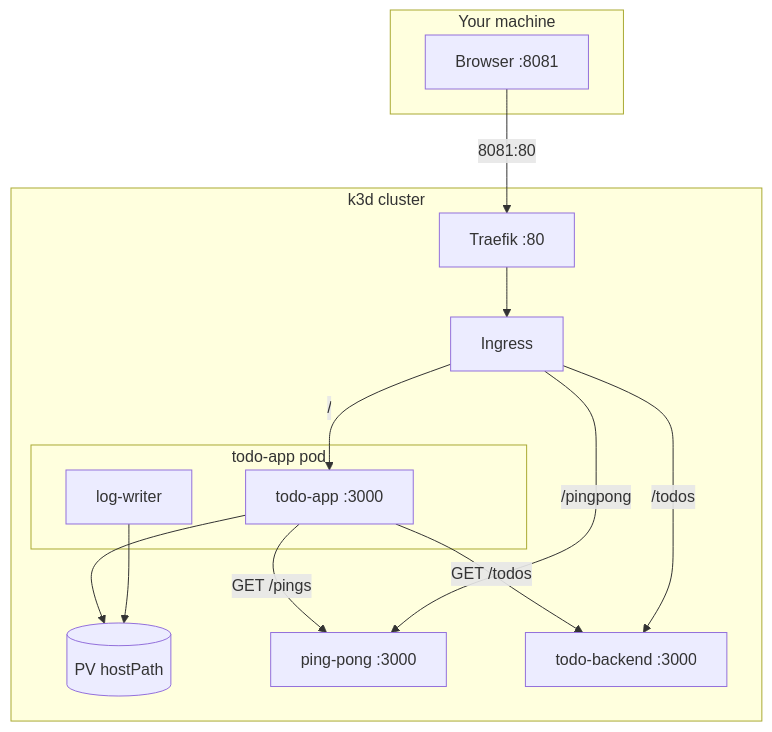
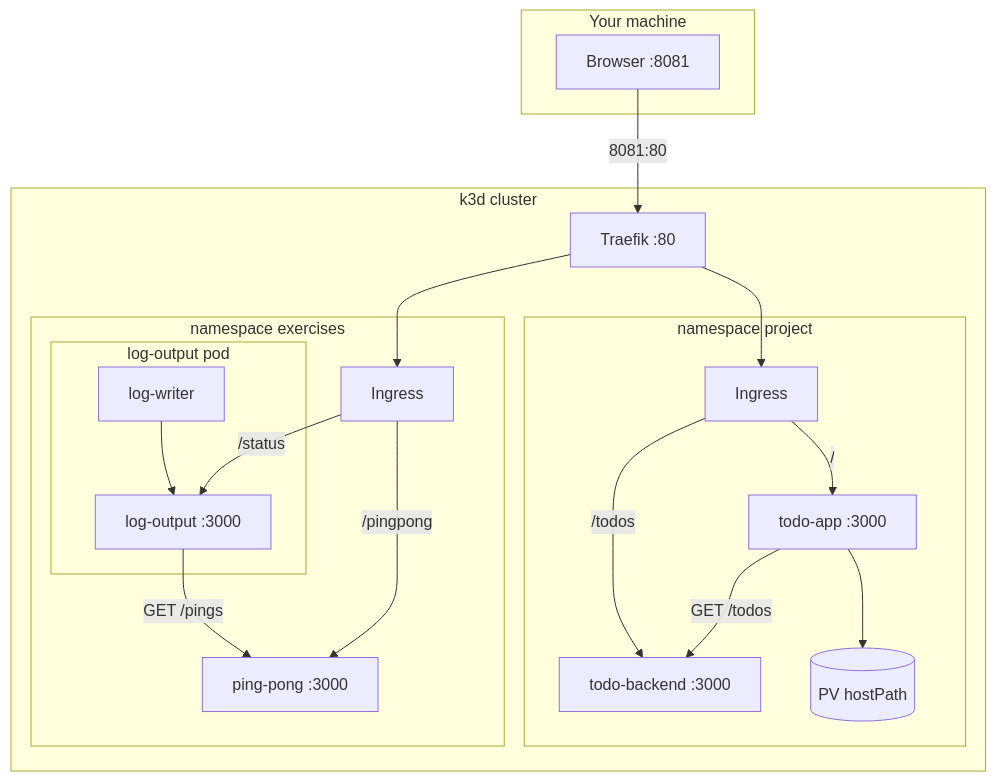
The diagram in README.md (wmahad/k8s-hands-on), drawn with Mermaid before and after one commit. The commit also changed other lines of this file and 24 other files, not shown here.

Commit message:
feat: split apps into exercises and project namespaces

````diff
--- a/README.md
+++ b/README.md
@@ -13,27 +39,36 @@
 ```mermaid
 flowchart TB
   subgraph host [Your machine]
     B[Browser :8081]
   end
 
   subgraph k3d [k3d cluster]
     T[Traefik :80]
-    IG[Ingress]
-    PV[(PV hostPath)]
-    subgraph tapod [todo-app pod]
-      W[log-writer]
+    subgraph exercisesNs [namespace exercises]
+      EIG[Ingress]
+      subgraph lopod [log-output pod]
+        W[log-writer]
+        LO[log-output :3000]
+      end
+      PP[ping-pong :3000]
+    end
+    subgraph projectNs [namespace project]
+      PIG[Ingress]
+      PV[(PV hostPath)]
       TA[todo-app :3000]
+      TB[todo-backend :3000]
     end
-    PP[ping-pong :3000]
-    TB[todo-backend :3000]
   end
 
-  B -->|8081:80| T --> IG
-  IG -->|"/pingpong"| PP
-  IG -->|"/todos"| TB
-  IG -->|"/"| TA
+  B -->|8081:80| T
+  T --> EIG
+  T --> PIG
+  EIG -->|"/pingpong"| PP
+  EIG -->|"/status"| LO
+  PIG -->|"/todos"| TB
+  PIG -->|"/"| TA
+  LO -->|"GET /pings"| PP
   TA -->|"GET /todos"| TB
-  TA -->|"GET /pings"| PP
-  W --> PV
+  W --> LO
   TA --> PV
 ```
````
